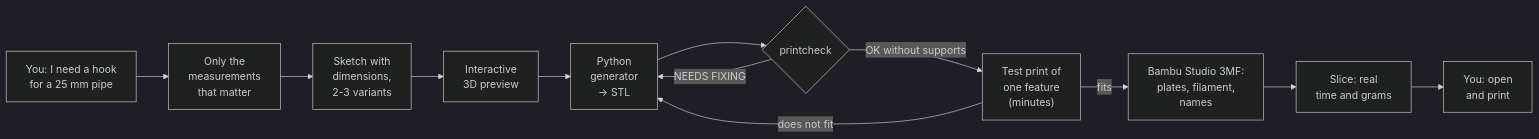
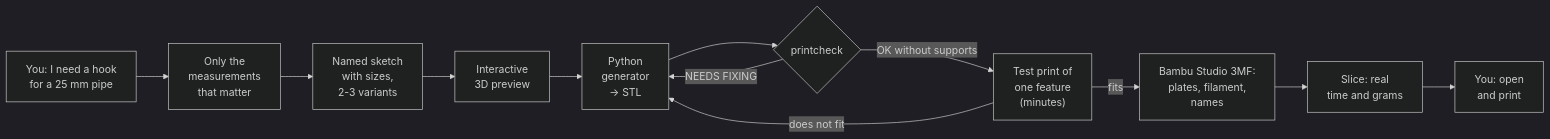
One commit to karlost/3d-model-skills changed the diagram in README.md. Above: the diagram before and after it, drawn with Mermaid (dark theme). The commit also changed other lines of this file and 14 other files, not shown here.

First line of the commit message:
feat(examples): named sketch, 3D preview and customize walkthrough

````diff
--- a/README.md
+++ b/README.md
@@ -13,14 +105,14 @@
 ```mermaid
 flowchart LR
     A["You: I need a hook<br/>for a 25 mm pipe"] --> B["Only the<br/>measurements<br/>that matter"]
-    B --> C["Sketch with<br/>dimensions,<br/>2-3 variants"]
+    B --> C["Named sketch<br/>with sizes,<br/>2-3 variants"]
     C --> D["Interactive<br/>3D preview"]
     D --> E["Python<br/>generator<br/>→ STL"]
     E --> F{"printcheck"}
     F -- NEEDS FIXING --> E
     F -- OK without supports --> G["Test print of<br/>one feature<br/>(minutes)"]
     G -- does not fit --> E
     G -- fits --> H["Bambu Studio 3MF:<br/>plates, filament,<br/>names"]
     H --> I["Slice: real<br/>time and grams"]
     I --> J["You: open<br/>and print"]
 ```
````
